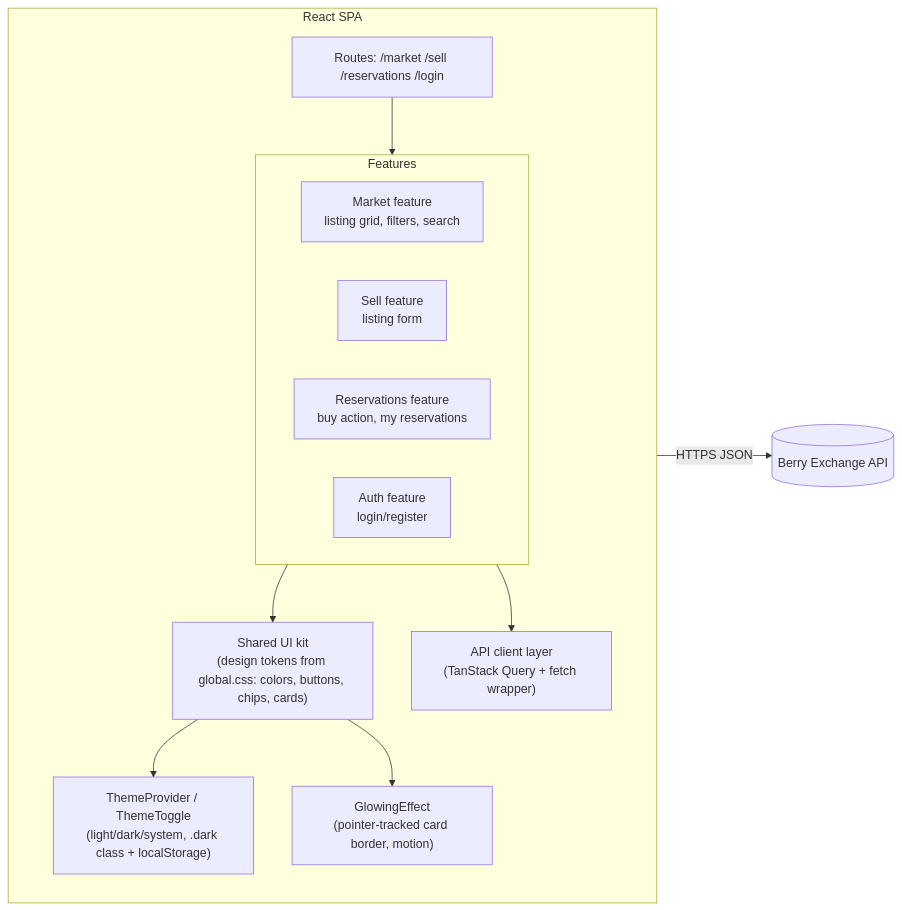
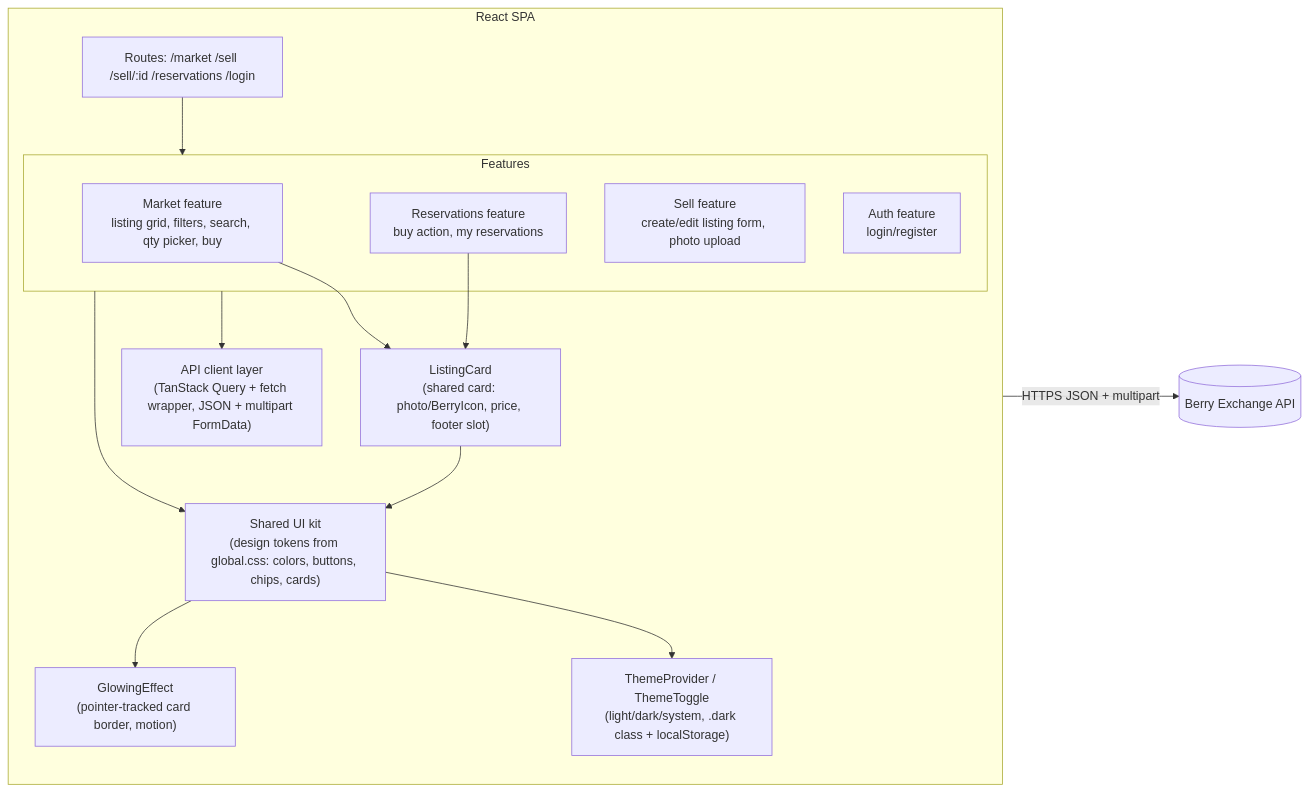
One commit to Nazarii-Mandiak/BerryMarketplace changed the diagram in docs/architecture/component-frontend.mmd. Above: the diagram before and after it, drawn with Mermaid. The commit also changed 1 other file, not shown here.

Commit message:
Update README and frontend component diagram for kg/photos/edit-delete
Closes out Phase 9 doc coverage: the README's intro now mentions photo
uploads and listing management alongside kg units, and the frontend
component diagram adds the shared ListingCard, the /sell/:id edit
route, and multipart uploads on the API client layer.

```diff
--- a/docs/architecture/component-frontend.mmd
+++ b/docs/architecture/component-frontend.mmd
@@ -1,24 +1,28 @@
 %% Berry Exchange — C4 Level 3: Components inside the SPA container
 graph LR
     subgraph SPA["React SPA"]
         direction TB
-        Routes["Routes: /market /sell /reservations /login"]
+        Routes["Routes: /market /sell /sell/:id /reservations /login"]
         subgraph Features
-            Market["Market feature<br/>listing grid, filters, search"]
-            Sell["Sell feature<br/>listing form"]
+            Market["Market feature<br/>listing grid, filters, search, qty picker, buy"]
+            Sell["Sell feature<br/>create/edit listing form, photo upload"]
             Reservations["Reservations feature<br/>buy action, my reservations"]
             Auth["Auth feature<br/>login/register"]
         end
-        ApiClient["API client layer<br/>(TanStack Query + fetch wrapper)"]
+        ApiClient["API client layer<br/>(TanStack Query + fetch wrapper, JSON + multipart FormData)"]
+        ListingCard["ListingCard<br/>(shared card: photo/BerryIcon, price, footer slot)"]
         UI["Shared UI kit<br/>(design tokens from global.css: colors, buttons, chips, cards)"]
         Theme["ThemeProvider / ThemeToggle<br/>(light/dark/system, .dark class + localStorage)"]
         Glow["GlowingEffect<br/>(pointer-tracked card border, motion)"]
     end
     API[("Berry Exchange API")]
 
     Routes --> Features
     Features --> ApiClient
+    Market --> ListingCard
+    Reservations --> ListingCard
+    ListingCard --> UI
     Features --> UI
     UI --> Theme
     UI --> Glow
-    ApiClient -->|"HTTPS JSON"| API
+    ApiClient -->|"HTTPS JSON + multipart"| API
```
